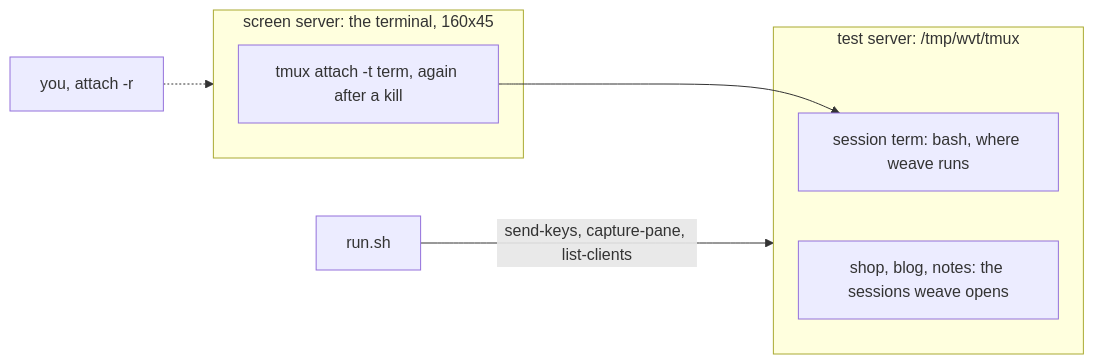
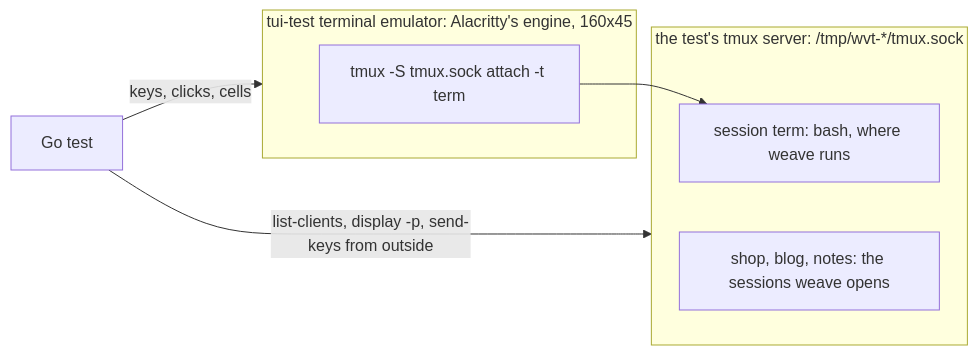
One commit to medilies/weaver changed the diagram in docs/agents/terminal-testing.md. Above: the diagram before and after it, drawn with Mermaid. The commit also changed other lines of this file and 9 other files, not shown here.

First line of the commit message:
test: replace run.sh with the Go terminal tests, lint them, run them before releases

````diff
--- a/docs/agents/terminal-testing.md
+++ b/docs/agents/terminal-testing.md
@@ -44,13 +47,13 @@
 ```mermaid
 flowchart LR
-  script[run.sh] -- "send-keys, capture-pane, list-clients" --> server
-  subgraph screen ["screen server: the terminal, 160x45"]
-    client["tmux attach -t term, again after a kill"]
+  test[Go test] -- "keys, clicks, cells" --> emu
+  subgraph emu ["tui-test terminal emulator: Alacritty's engine, 160x45"]
+    client["tmux -S tmux.sock attach -t term"]
   end
-  subgraph server ["test server: /tmp/wvt/tmux"]
+  test -- "list-clients, display -p, send-keys from outside" --> server
+  subgraph server ["the test's tmux server: /tmp/wvt-*/tmux.sock"]
     term["session term: bash, where weave runs"]
     projects["shop, blog, notes: the sessions weave opens"]
   end
   client --> term
-  watcher["you, attach -r"] -.-> screen
 ```
````
